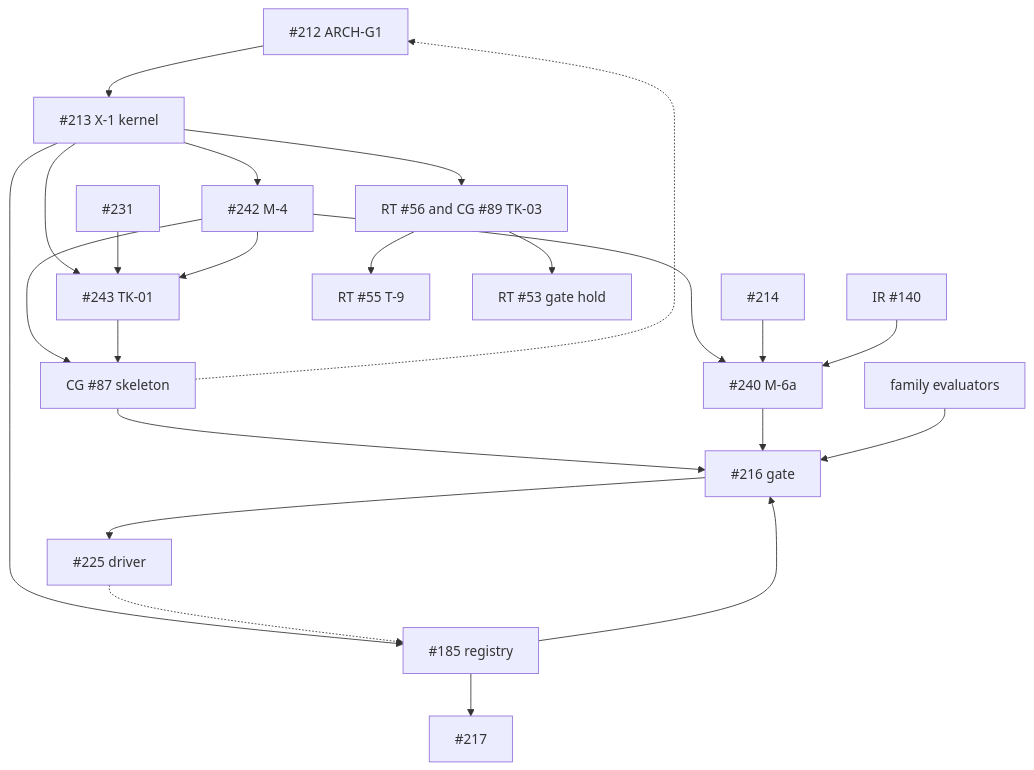
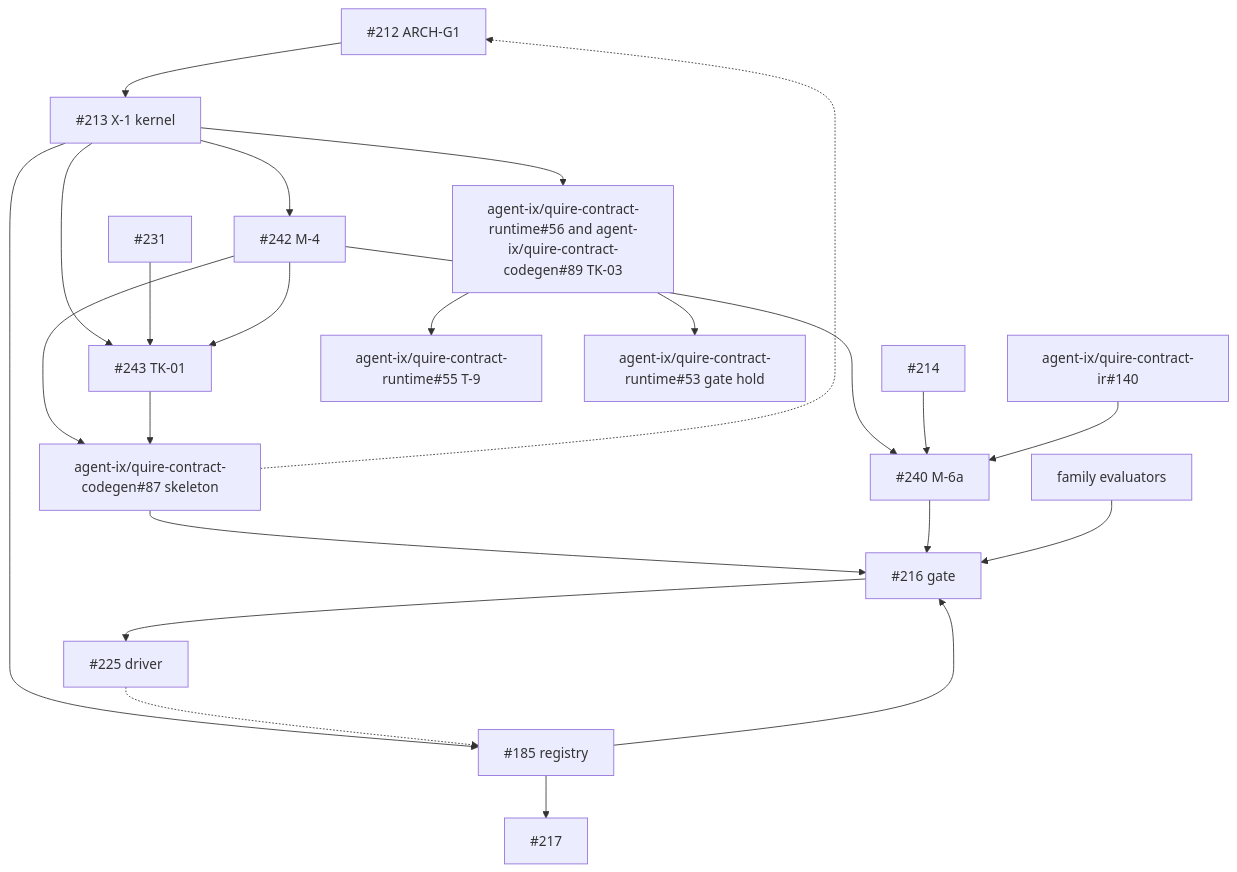
One commit to agent-ix/quire-spec-language changed the diagram in spec/reviews/arch-g1-change-scenarios/dependency.md. Above: the diagram before and after it, drawn with Mermaid. The commit also changed other lines of this file and 10 other files, not shown here.

````diff
--- a/spec/reviews/arch-g1-change-scenarios/dependency.md
+++ b/spec/reviews/arch-g1-change-scenarios/dependency.md
@@ -126,42 +126,42 @@
 ```mermaid
 graph TD
   G212[#212 ARCH-G1]
   X213[#213 X-1 kernel]
   T214[#214]
   T231[#231]
   M4[#242 M-4]
   TK01[#243 TK-01]
-  SK[CG #87 skeleton]
-  IR140[IR #140]
+  SK["agent-ix/quire-contract-codegen#87 skeleton"]
+  IR140["agent-ix/quire-contract-ir#140"]
   M6a[#240 M-6a]
-  TK03[RT #56 and CG #89 TK-03]
-  T9[RT #55 T-9]
-  RT53[RT #53 gate hold]
+  TK03["agent-ix/quire-contract-runtime#56 and agent-ix/quire-contract-codegen#89 TK-03"]
+  T9["agent-ix/quire-contract-runtime#55 T-9"]
+  RT53["agent-ix/quire-contract-runtime#53 gate hold"]
   R185[#185 registry]
   T217[#217]
   G216[#216 gate]
   D225[#225 driver]
   EV[family evaluators]
   G212 --> X213
   X213 --> M4
   X213 --> TK01
   T231 --> TK01
   M4 --> TK01
   M4 --> SK
   TK01 --> SK
   M4 --> M6a
   T214 --> M6a
   IR140 --> M6a
   X213 --> TK03
   TK03 --> T9
   TK03 --> RT53
   X213 --> R185
   R185 --> T217
   SK --> G216
   M6a --> G216
   R185 --> G216
   EV --> G216
   G216 --> D225
   SK -.-> G212
   D225 -.-> R185
 ```
````
